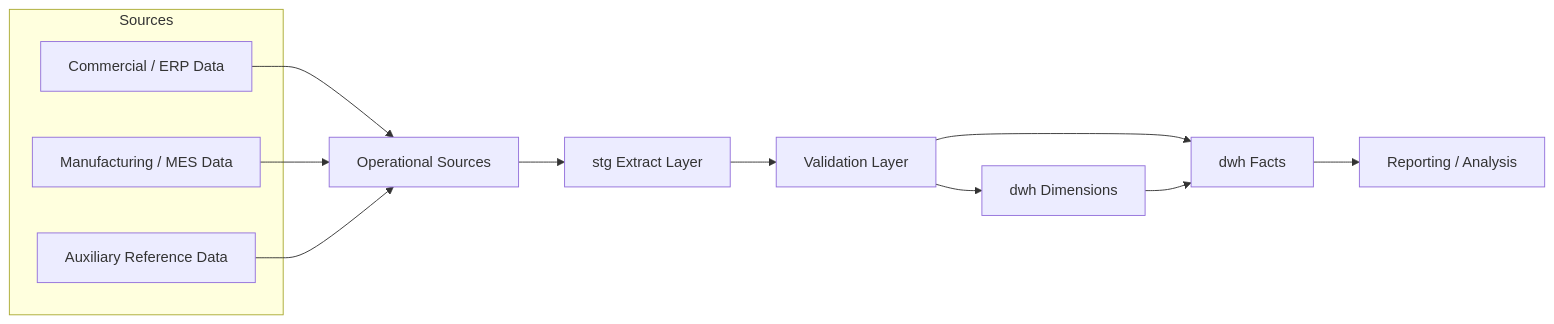
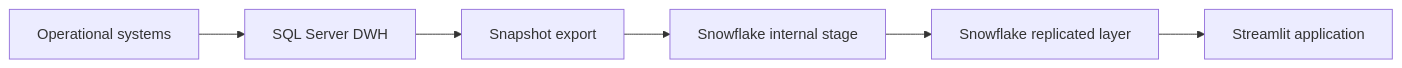
Before and after one commit to mat7039/sql-server-manufacturing-dwh-case-study: the diagram in README.md, drawn with Mermaid. The commit also changed other lines of this file and 5 other files, not shown here.

````diff
--- a/README.md
+++ b/README.md
@@ -40,19 +55,8 @@
 ```mermaid
 flowchart LR
-    A["Operational Sources"] --> B["stg Extract Layer"]
-    B --> C["Validation Layer"]
-    C --> D["dwh Dimensions"]
-    C --> E["dwh Facts"]
-    D --> E
-    E --> F["Reporting / Analysis"]
-
-    subgraph Sources
-        A1["Commercial / ERP Data"]
-        A2["Manufacturing / MES Data"]
-        A3["Auxiliary Reference Data"]
-    end
-
-    A1 --> A
-    A2 --> A
-    A3 --> A
+    A["Operational systems"] --> B["SQL Server DWH"]
+    B --> C["Snapshot export"]
+    C --> D["Snowflake internal stage"]
+    D --> E["Snowflake replicated layer"]
+    E --> F["Streamlit application"]
 ```
````
